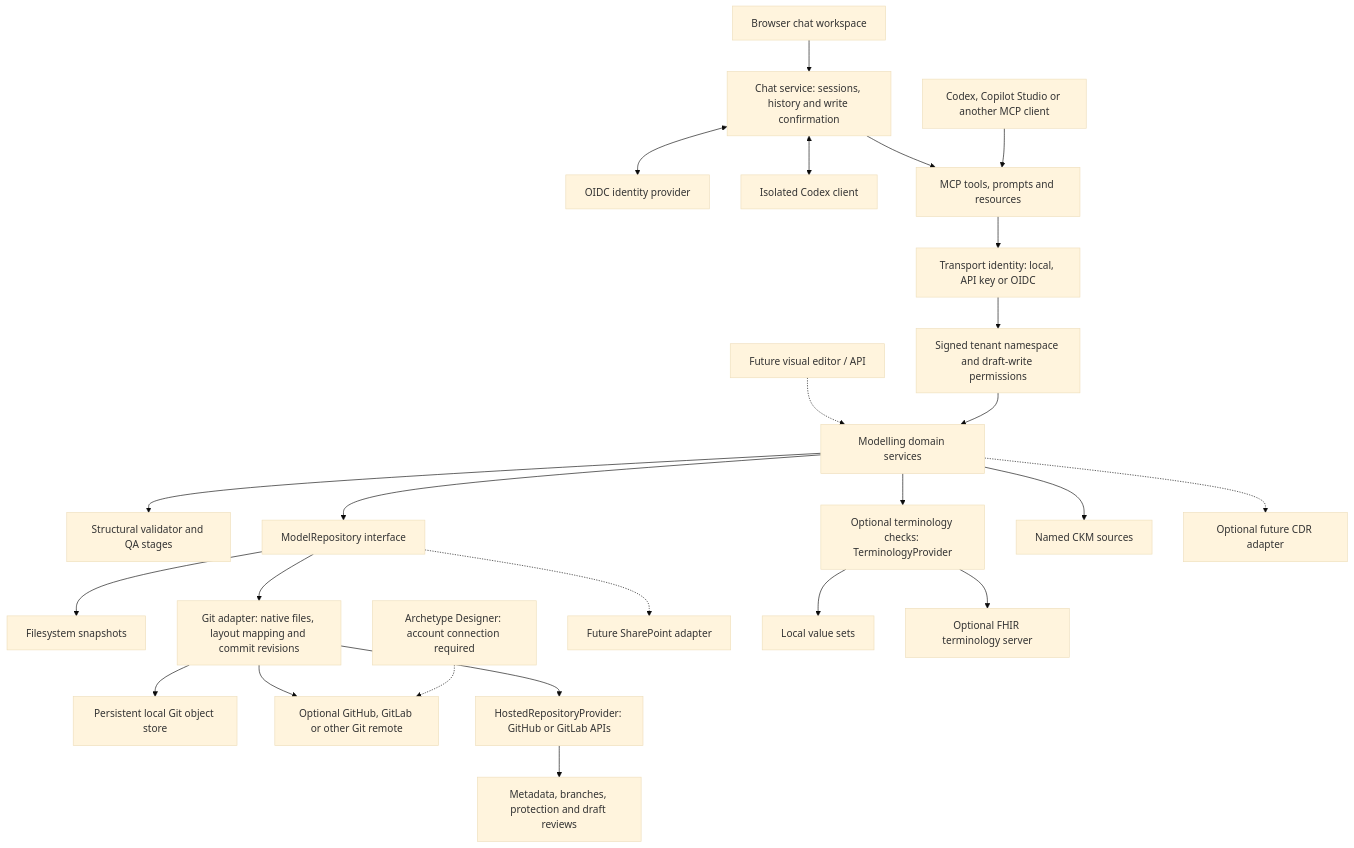
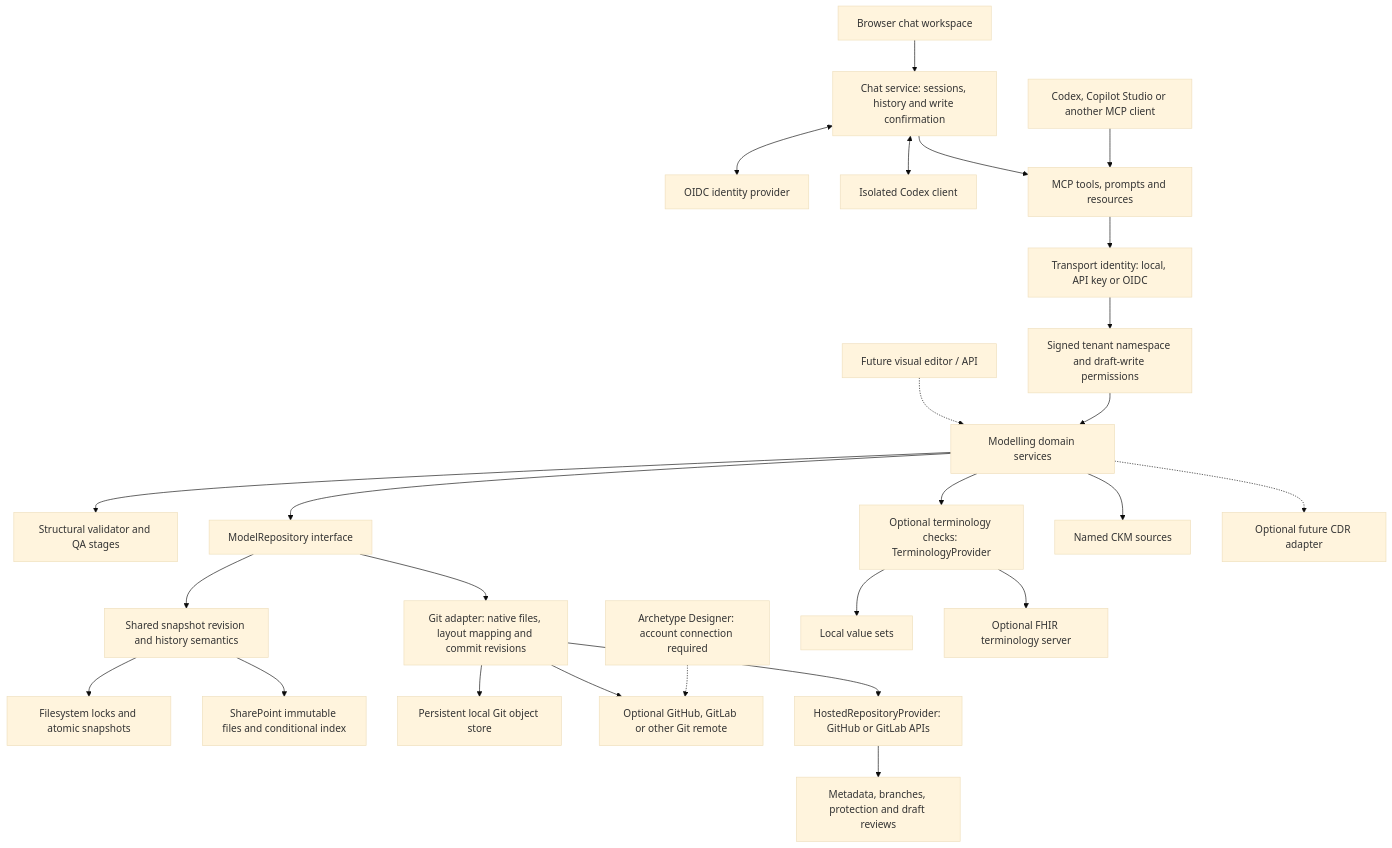
Before and after one commit to CzarMich/openehr-modelling-assistant: the diagram in docs/ARCHITECTURE.md, drawn with Mermaid (base theme). The commit also changed other lines of this file and 48 other files, not shown here.

Commit message:
feat(repository): implement conditional SharePoint snapshot storage

````diff
--- a/docs/ARCHITECTURE.md
+++ b/docs/ARCHITECTURE.md
@@ -5,27 +5,28 @@
 ```mermaid
 flowchart TB
     Browser[Browser chat workspace] --> Chat[Chat service: sessions, history and write confirmation]
     Chat <--> Identity[OIDC identity provider]
     Chat <--> Codex[Isolated Codex client]
     Chat --> MCP[MCP tools, prompts and resources]
     AI[Codex, Copilot Studio or another MCP client] --> MCP[MCP tools, prompts and resources]
     UI[Future visual editor / API] -.-> Core[Modelling domain services]
     MCP --> Auth[Transport identity: local, API key or OIDC]
     Auth --> Scope[Signed tenant namespace and draft-write permissions]
     Scope --> Core
     Core --> Validation[Structural validator and QA stages]
     Core --> Repository[ModelRepository interface]
-    Repository --> FS[Filesystem snapshots]
+    Repository --> Snap[Shared snapshot revision and history semantics]
+    Snap --> FS[Filesystem locks and atomic snapshots]
+    Snap --> SP[SharePoint immutable files and conditional index]
     Repository --> Git[Git adapter: native files, layout mapping and commit revisions]
     Git --> Cache[Persistent local Git object store]
     Git --> Remote[Optional GitHub, GitLab or other Git remote]
     Git --> Hosting[HostedRepositoryProvider: GitHub or GitLab APIs]
     Hosting --> Reviews[Metadata, branches, protection and draft reviews]
     Designer[Archetype Designer: account connection required] -.-> Remote
-    Repository -.-> SP[Future SharePoint adapter]
     Core --> Terms[Optional terminology checks: TerminologyProvider]
     Terms --> Local[Local value sets]
     Terms --> FHIR[Optional FHIR terminology server]
     Core --> CKM[Named CKM sources]
     Core -.-> CDR[Optional future CDR adapter]
 ```
````
